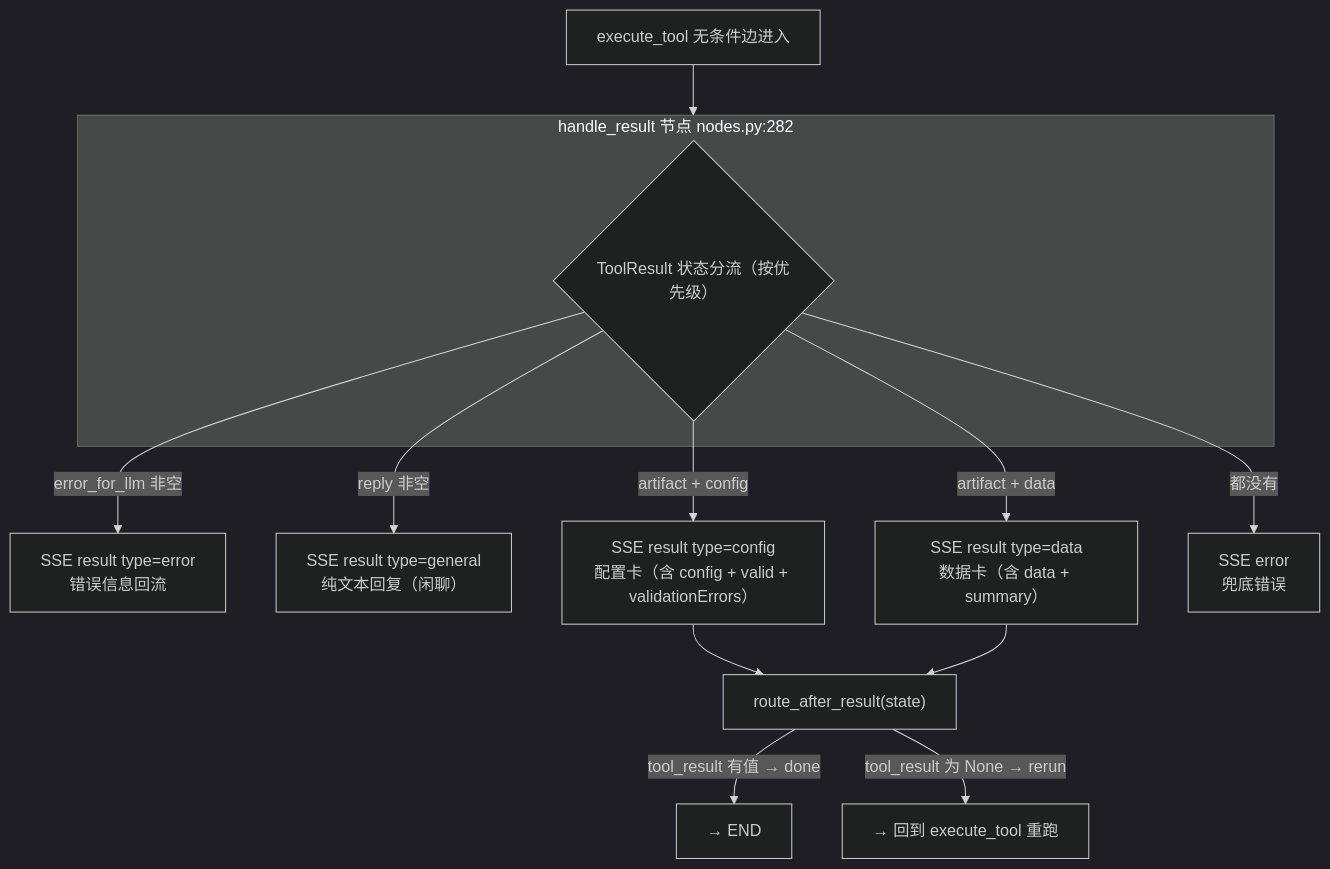
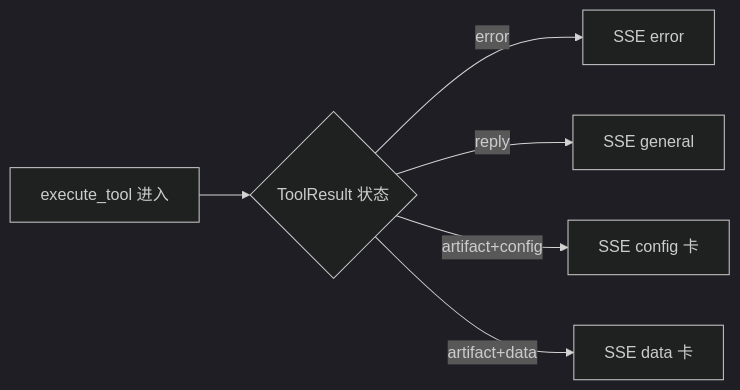
One commit to 996Code/llm-to-modeler changed the eighth of 27 diagrams in doc/系统架构与学习指南.md. Above: the diagram before and after it, drawn with Mermaid (dark theme). The commit also changed other lines of this file, not shown here.

First line of the commit message:
docs: 深度解析 interrupt/resume 机制 + 拆分所有大图

````diff
--- a/doc/系统架构与学习指南.md
+++ b/doc/系统架构与学习指南.md
@@ -176,19 +177,8 @@
 ```mermaid
-flowchart TD
-    Entry["execute_tool 无条件边进入"] --> Result
-
-    subgraph Result["handle_result 节点 nodes.py:282"]
-        R1{"ToolResult 状态分流（按优先级）"}
-    end
-
-    R1 -->|error_for_llm 非空| SSE1["SSE result type=error<br/>错误信息回流"]
-    R1 -->|reply 非空| SSE2["SSE result type=general<br/>纯文本回复（闲聊）"]
-    R1 -->|artifact + config| SSE3["SSE result type=config<br/>配置卡（含 config + valid + validationErrors）"]
-    R1 -->|artifact + data| SSE4["SSE result type=data<br/>数据卡（含 data + summary）"]
-    R1 -->|都没有| SSE5["SSE error<br/>兜底错误"]
-
-    SSE3 --> Router2["route_after_result(state)"]
-    SSE4 --> Router2
-    Router2 -->|"tool_result 有值 → done"| End["→ END"]
-    Router2 -->|"tool_result 为 None → rerun"| Back["→ 回到 execute_tool 重跑"]
+flowchart LR
+    Entry["execute_tool 进入"] --> R1{"ToolResult 状态"}
+    R1 -->|error| SSE1["SSE error"]
+    R1 -->|reply| SSE2["SSE general"]
+    R1 -->|artifact+config| SSE3["SSE config 卡"]
+    R1 -->|artifact+data| SSE4["SSE data 卡"]
 ```
````
